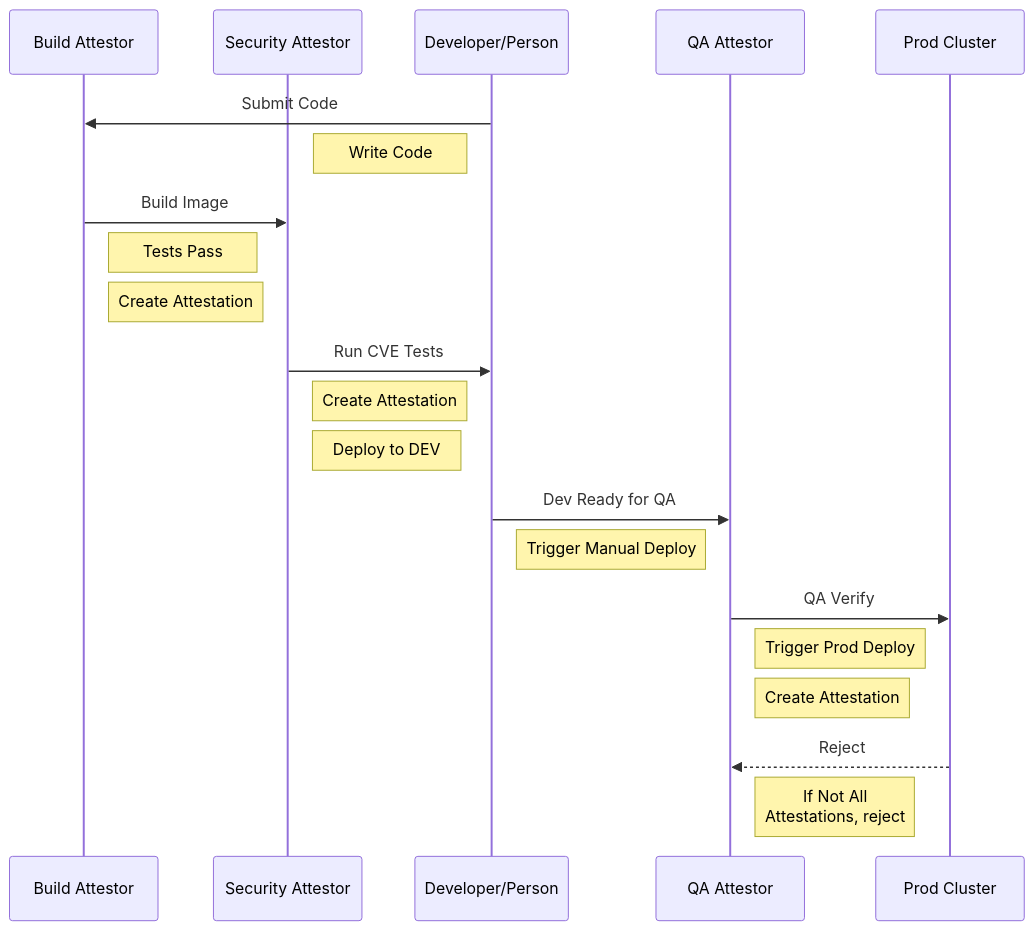
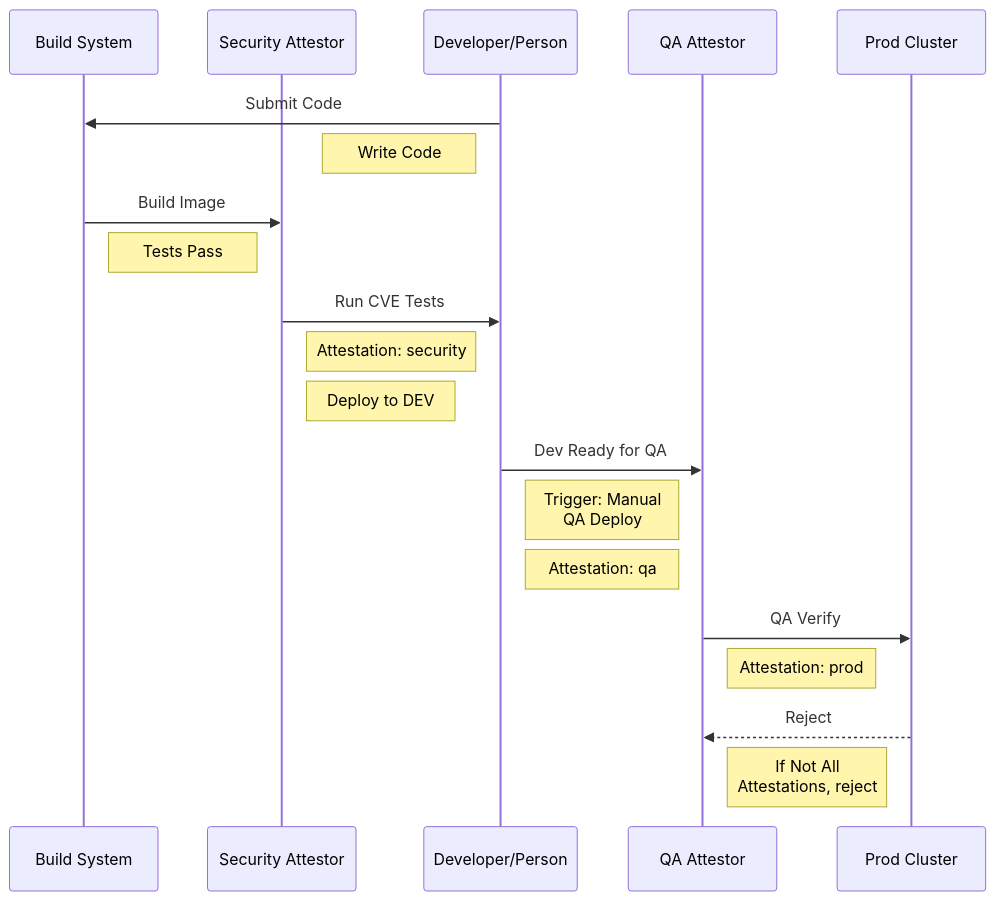
One commit to akilagithub/shift-left-security-repository changed the diagram in README.md. Above: the diagram before and after it, drawn with Mermaid. The commit also changed 1 other file, not shown here.

Commit message:
moving the manual step to emphasize the attestation and automatically deploy to next environment if approved

````diff
--- a/README.md
+++ b/README.md
@@ -13,29 +13,28 @@
 ```mermaid
 sequenceDiagram
-    participant B as Build Attestor
+    participant B as Build System
     participant S as Security Attestor
     participant D as Developer/Person
     participant Q as QA Attestor
     participant P as Prod Cluster
 
     D->>B: Submit Code
     Note left of D: Write Code
 
     B->>S: Build Image
     Note right of B: Tests Pass
-    Note right of B: Create Attestation
 
     S->>D: Run CVE Tests
-    Note right of S: Create Attestation
+    Note right of S: Attestation: security
     Note right of S: Deploy to DEV
 
     D->>Q: Dev Ready for QA
-    Note right of D: Trigger Manual Deploy
+    Note right of D: Trigger: Manual<br/>QA Deploy
+    Note right of D: Attestation: qa
 
     Q->>P: QA Verify
-    Note right of Q: Trigger Prod Deploy
-    Note right of Q: Create Attestation
+    Note right of Q: Attestation: prod
 
     P-->>Q: Reject
     Note right of Q: If Not All<br/>Attestations, reject
 ```
````
